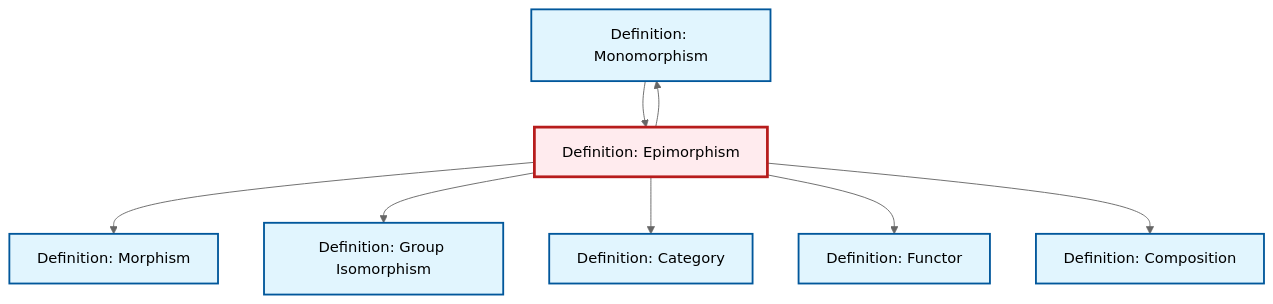
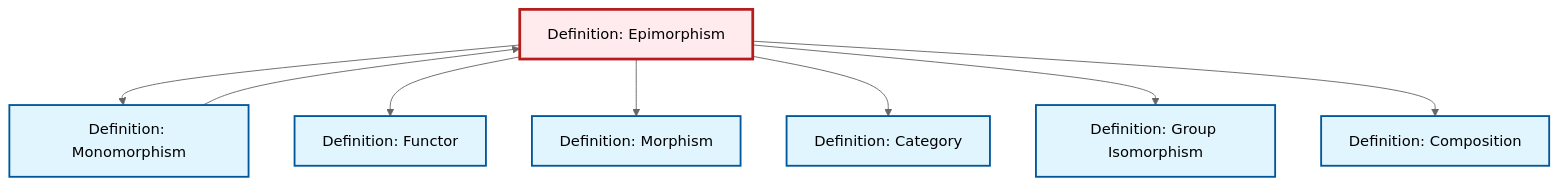
Before and after one commit to RK0429/ModernMath: the diagram in content/en/category-theory/def-epimorphism.qmd, drawn with Mermaid (neutral theme). The commit also changed other lines of this file and 634 other files, not shown here.

````diff
--- a/content/en/category-theory/def-epimorphism.qmd
+++ b/content/en/category-theory/def-epimorphism.qmd
@@ -96,30 +96,30 @@
 ```{mermaid}
 %%| fig-cap: "Local dependency graph"
 graph TD
     classDef definition fill:#e1f5fe,stroke:#01579b,stroke-width:2px
     classDef theorem fill:#f3e5f5,stroke:#4a148c,stroke-width:2px
     classDef axiom fill:#fff3e0,stroke:#e65100,stroke-width:2px
     classDef example fill:#e8f5e9,stroke:#1b5e20,stroke-width:2px
     classDef current fill:#ffebee,stroke:#b71c1c,stroke-width:3px
+    def-category["Definition: Category"]:::definition
     def-composition["Definition: Composition"]:::definition
+    def-epimorphism["Definition: Epimorphism"]:::definition
+    def-monomorphism["Definition: Monomorphism"]:::definition
+    def-isomorphism["Definition: Group Isomorphism"]:::definition
+    def-morphism["Definition: Morphism"]:::definition
     def-functor["Definition: Functor"]:::definition
-    def-monomorphism["Definition: Monomorphism"]:::definition
-    def-epimorphism["Definition: Epimorphism"]:::definition
-    def-morphism["Definition: Morphism"]:::definition
-    def-isomorphism["Definition: Group Isomorphism"]:::definition
-    def-category["Definition: Category"]:::definition
+    def-epimorphism --> def-monomorphism
+    def-epimorphism --> def-functor
     def-epimorphism --> def-morphism
     def-monomorphism --> def-epimorphism
+    def-epimorphism --> def-category
     def-epimorphism --> def-isomorphism
-    def-epimorphism --> def-category
-    def-epimorphism --> def-functor
     def-epimorphism --> def-composition
-    def-epimorphism --> def-monomorphism
     class def-epimorphism current
+    click def-category "def-category.html" "Go to Category definition"
     click def-composition "def-composition.html" "Go to Composition definition"
+    click def-monomorphism "def-monomorphism.html" "Go to Monomorphism definition"
+    click def-isomorphism "def-isomorphism.html" "Go to Group Isomorphism definition"
+    click def-morphism "def-morphism.html" "Go to Morphism definition"
     click def-functor "def-functor.html" "Go to Functor definition"
-    click def-monomorphism "def-monomorphism.html" "Go to Monomorphism definition"
-    click def-morphism "def-morphism.html" "Go to Morphism definition"
-    click def-isomorphism "def-isomorphism.html" "Go to Group Isomorphism definition"
-    click def-category "def-category.html" "Go to Category definition"
 ```
````
